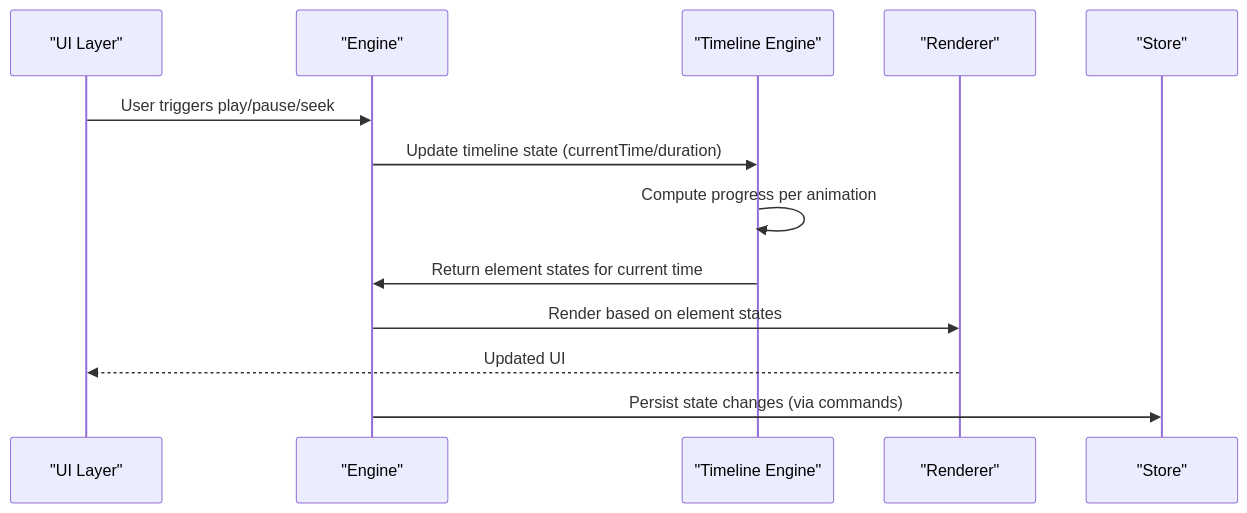
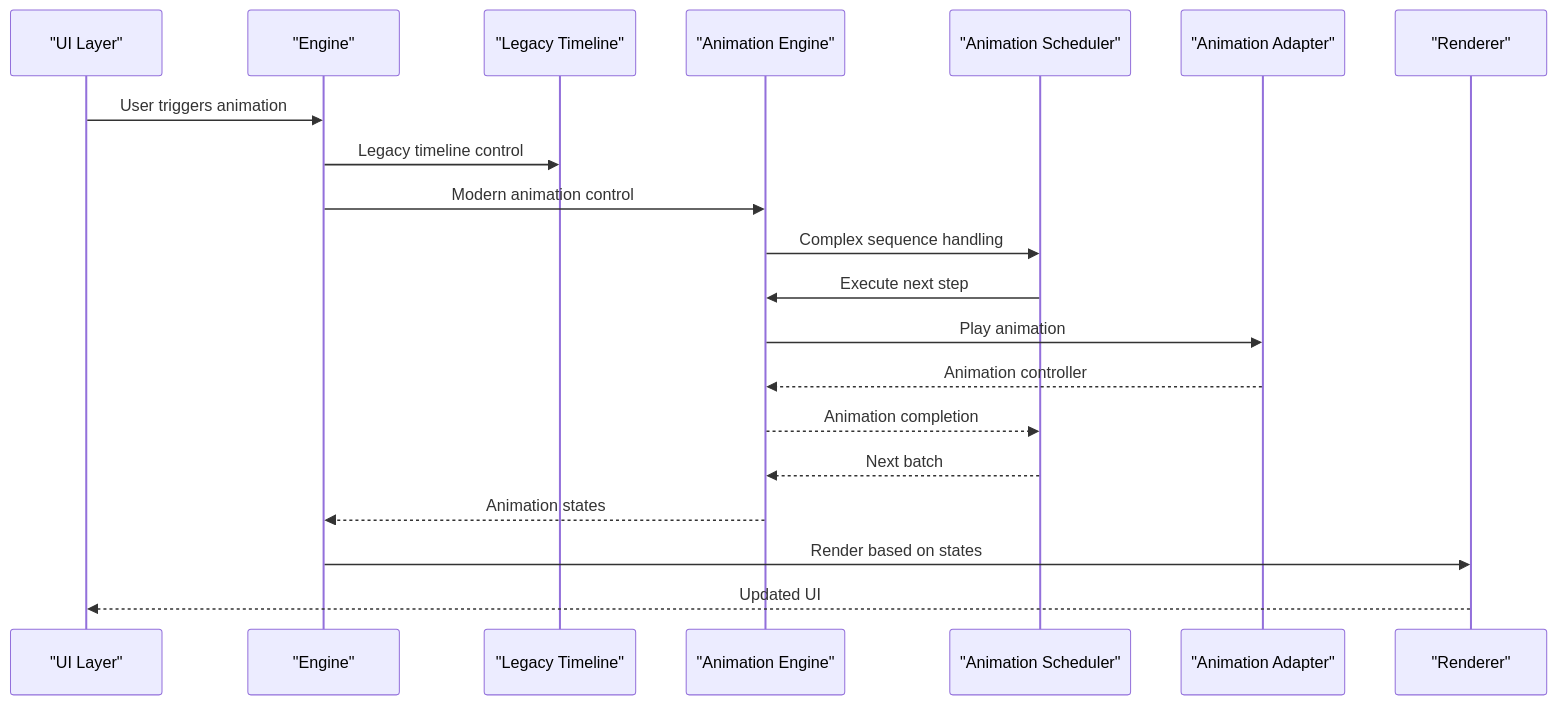
One commit to Anna0314zy/ai_editor_enginer changed the second of 18 diagrams in .qoder/repowiki/en/content/Animation System/Timeline Engine.md. Above: the diagram before and after it, drawn with Mermaid. The commit also changed other lines of this file and 10 other files, not shown here.

````diff
--- a/.qoder/repowiki/en/content/Animation System/Timeline Engine.md
+++ b/.qoder/repowiki/en/content/Animation System/Timeline Engine.md
@@ -112,15 +144,22 @@
 ```mermaid
 sequenceDiagram
 participant UI as "UI Layer"
 participant Engine as "Engine"
-participant Timeline as "Timeline Engine"
+participant Timeline as "Legacy Timeline"
+participant AnimEngine as "Animation Engine"
+participant Scheduler as "Animation Scheduler"
+participant Adapter as "Animation Adapter"
 participant Renderer as "Renderer"
-participant Store as "Store"
-UI->>Engine : User triggers play/pause/seek
-Engine->>Timeline : Update timeline state (currentTime/duration)
-Timeline->>Timeline : Compute progress per animation
-Timeline->>Engine : Return element states for current time
-Engine->>Renderer : Render based on element states
+UI->>Engine : User triggers animation
+Engine->>Timeline : Legacy timeline control
+Engine->>AnimEngine : Modern animation control
+AnimEngine->>Scheduler : Complex sequence handling
+Scheduler->>AnimEngine : Execute next step
+AnimEngine->>Adapter : Play animation
+Adapter-->>AnimEngine : Animation controller
+AnimEngine-->>Scheduler : Animation completion
+Scheduler-->>AnimEngine : Next batch
+AnimEngine-->>Engine : Animation states
+Engine->>Renderer : Render based on states
 Renderer-->>UI : Updated UI
-Engine->>Store : Persist state changes (via commands)
 ```
````
